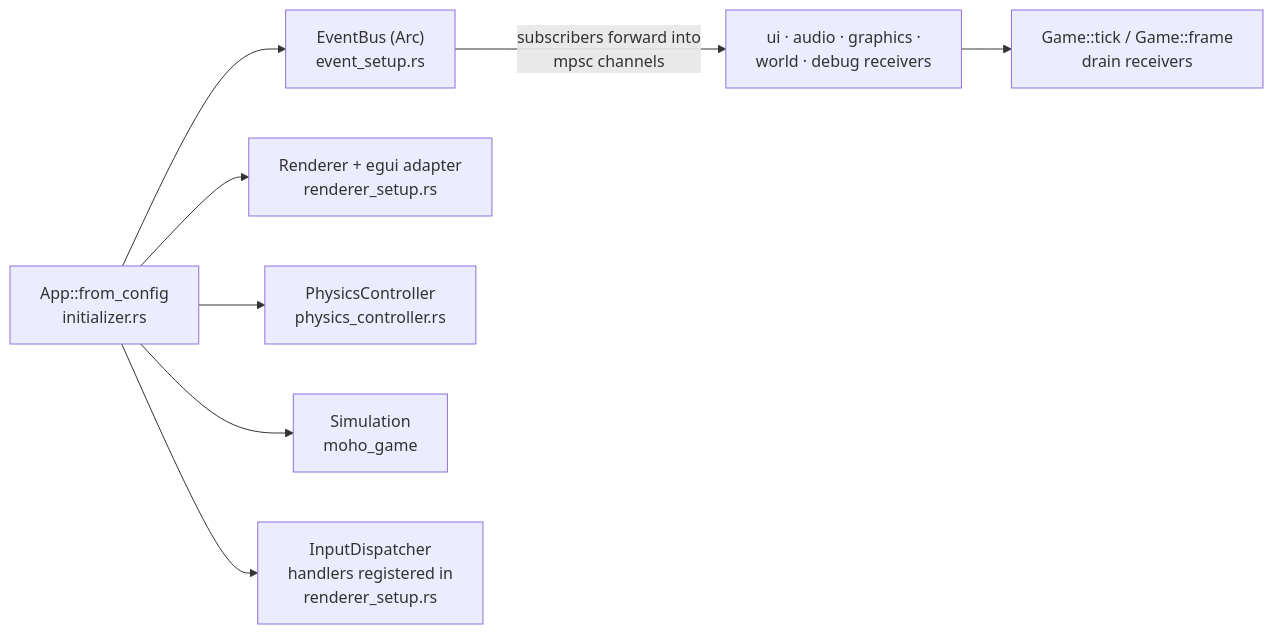
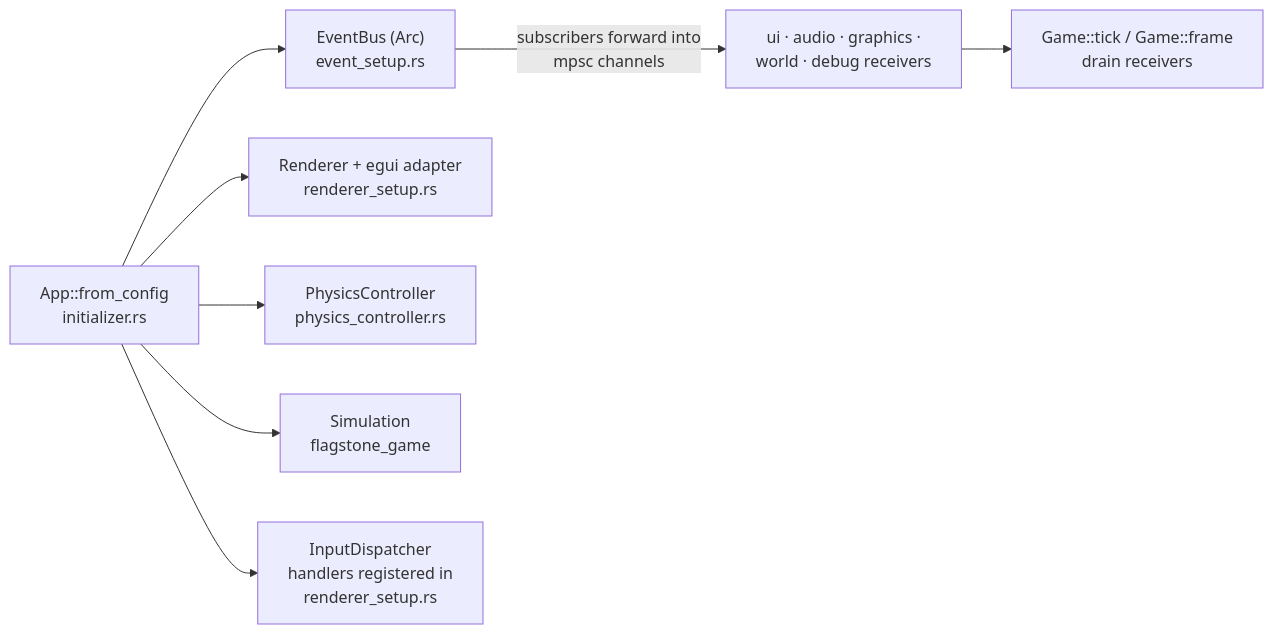
Before and after one commit to WrackedFella/moho: the third of 3 diagrams in wiki/architecture/overview.md, drawn with Mermaid. The commit also changed other lines of this file and 228 other files, not shown here.

````diff
--- a/wiki/architecture/overview.md
+++ b/wiki/architecture/overview.md
@@ -154,10 +154,10 @@
 ```mermaid
 flowchart LR
     init["App::from_config<br/>initializer.rs"] --> bus["EventBus (Arc)<br/>event_setup.rs"]
     init --> rend["Renderer + egui adapter<br/>renderer_setup.rs"]
     init --> phys["PhysicsController<br/>physics_controller.rs"]
-    init --> sim["Simulation<br/>moho_game"]
+    init --> sim["Simulation<br/>flagstone_game"]
     init --> disp["InputDispatcher<br/>handlers registered in<br/>renderer_setup.rs"]
     bus -->|"subscribers forward into<br/>mpsc channels"| chans["ui · audio · graphics ·<br/>world · debug receivers"]
     chans --> loop["Game::tick / Game::frame<br/>drain receivers"]
 ```
````
